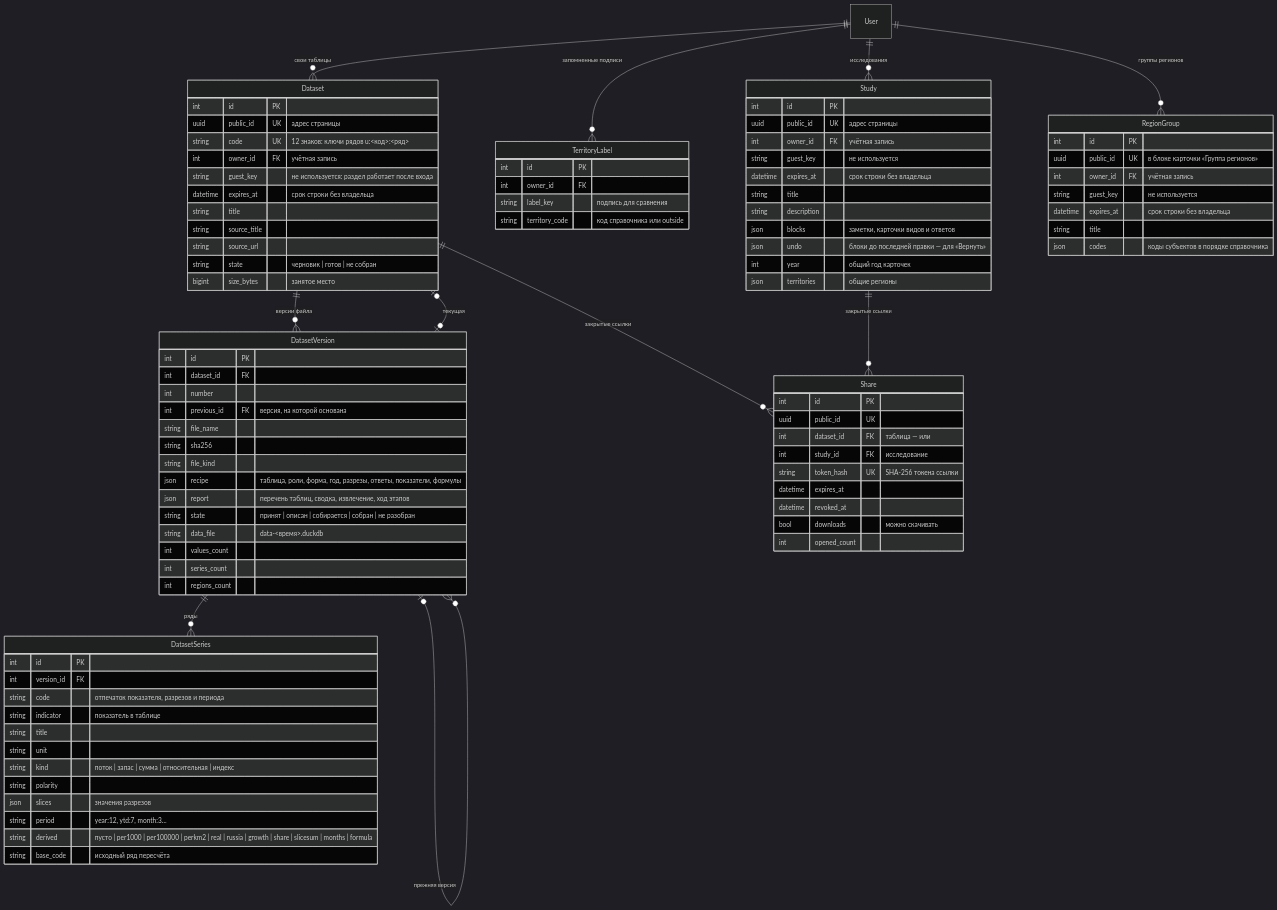
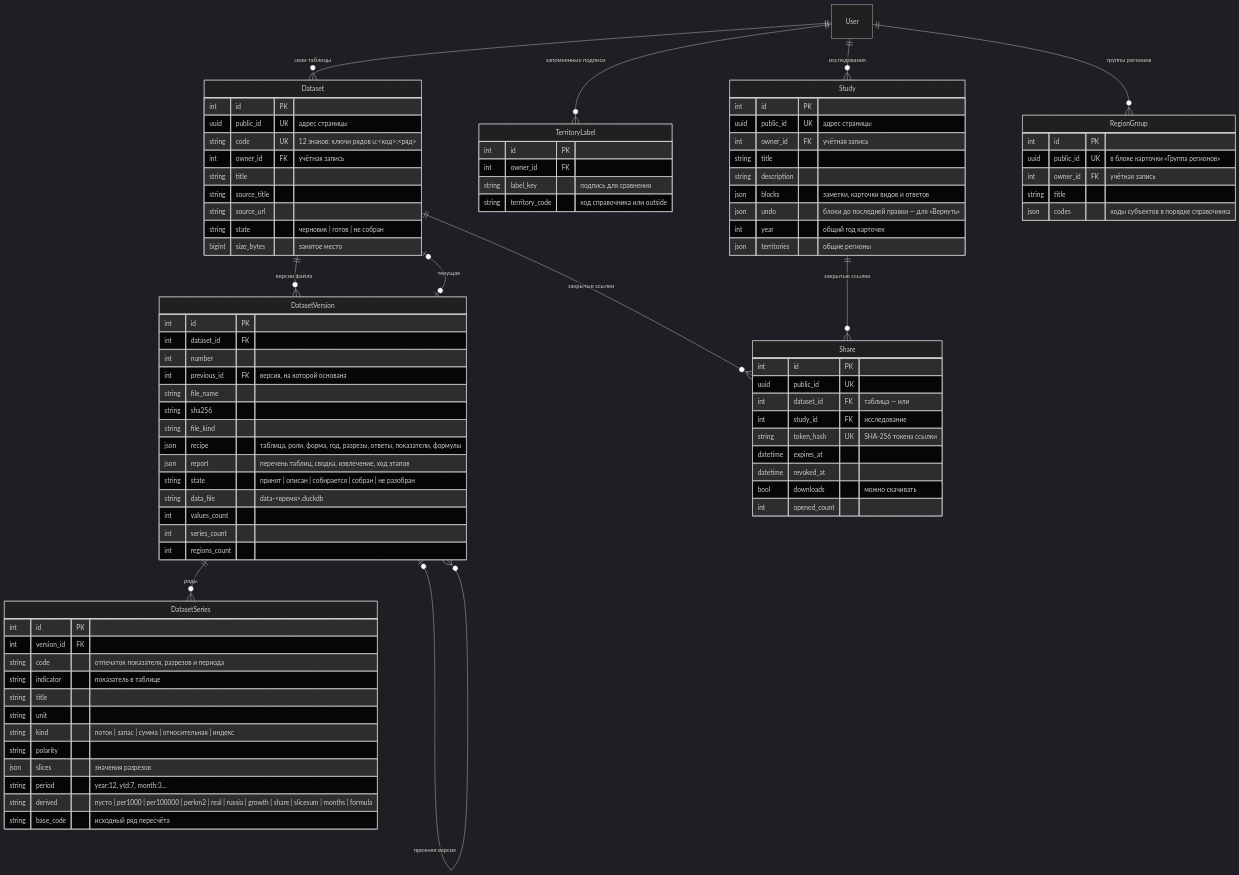
One commit to ht2473/RegionLens_v2 changed the third of 4 diagrams in docs/DATA_MODEL.md. Above: the diagram before and after it, drawn with Mermaid (dark theme). The commit also changed other lines of this file and 3 other files, not shown here.

```diff
--- a/docs/DATA_MODEL.md
+++ b/docs/DATA_MODEL.md
@@ -203,8 +203,6 @@
         uuid public_id UK "адрес страницы"
         string code UK "12 знаков: ключи рядов u:<код>:<ряд>"
         int owner_id FK "учётная запись"
-        string guest_key "не используется: раздел работает после входа"
-        datetime expires_at "срок строки без владельца"
         string title
         string source_title
         string source_url
@@ -251,8 +249,6 @@
         int id PK
         uuid public_id UK "адрес страницы"
         int owner_id FK "учётная запись"
-        string guest_key "не используется"
-        datetime expires_at "срок строки без владельца"
         string title
         string description
         json blocks "заметки, карточки видов и ответов"
@@ -264,8 +260,6 @@
         int id PK
         uuid public_id UK "в блоке карточки «Группа регионов»"
         int owner_id FK "учётная запись"
-        string guest_key "не используется"
-        datetime expires_at "срок строки без владельца"
         string title
         json codes "коды субъектов в порядке справочника"
     }
```
